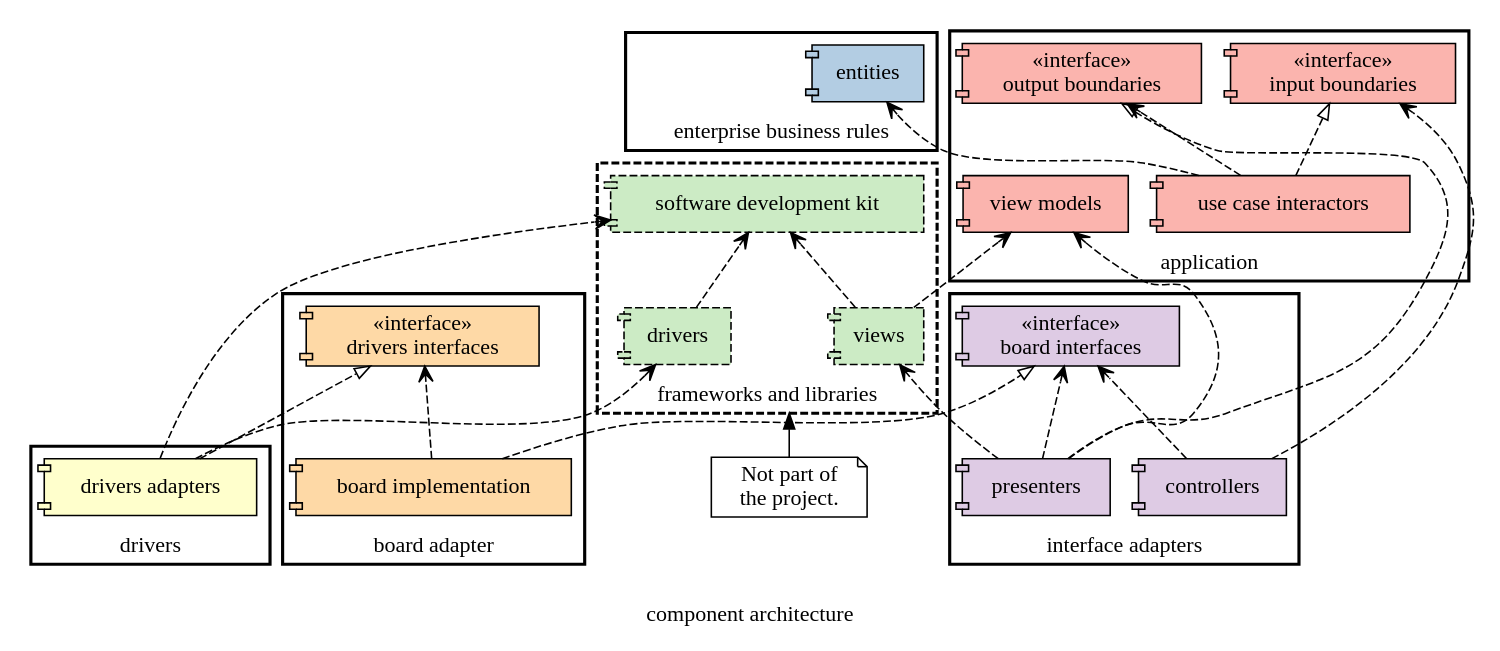
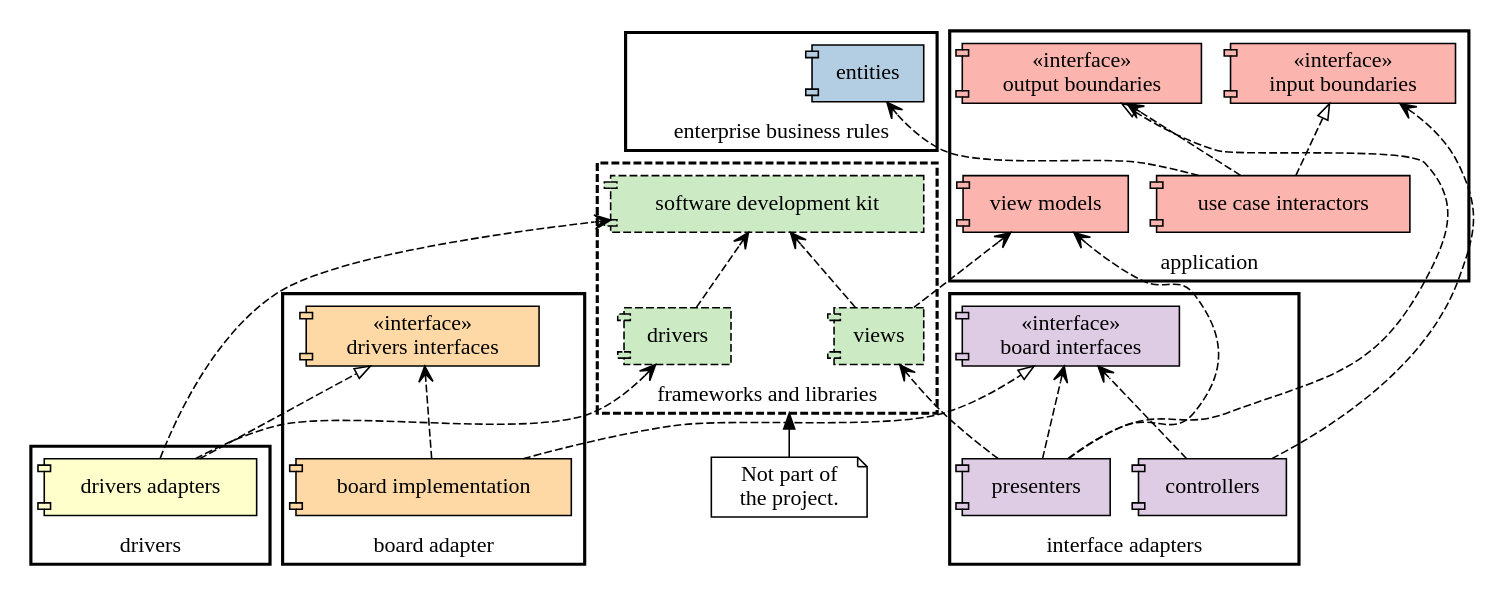
Before and after one commit to Task-Tracker-Systems/Task-Tracker-Device: the diagram in doc/component_architecture.dot, drawn with Graphviz. The commit also changed 1 other file, not shown here.

Commit message:
Describe component architecture.

```diff
--- a/doc/component_architecture.dot
+++ b/doc/component_architecture.dot
@@ -1,120 +1,119 @@
 digraph component_architecture {
-  label="component architecture";
   compound=true;
   rankdir="BT";
   style="bold"
   
   node [shape="component"];
   node [colorscheme="pastel16"];
   
     {
         // package 'application'
         node [fillcolor="1", style="filled"];
         
         subgraph cluster_app {
             label = "application";
         
             output_boundaries [label="«interface»\n output boundaries"]
             use_cases [label="use case interactors"]
             input_boundaries [label="«interface»\n input boundaries"]
             view_models [label="view models"];
         }
     }
     
     {
         // package 'enterprise business rules'
         node [fillcolor="2", style="filled"];
         
         subgraph cluster_ebr {
             label = "enterprise business rules";
             entities;
         }
     }
   
     {
         // package 'frameworks and libraries'
         node [fillcolor="3", style="filled, dashed"];
         
         subgraph cluster_thirdparty {
             label = "frameworks and libraries";
             style="bold,dashed";
             thirdparty[shape=point style=invis];
            
             sdk [label="software development kit"]
             drivers [label="drivers"];
             views;
         }
     }
     
     subgraph clusterX_margin
     {
         style=invis
         margin="20.0,0.0"
         n1 [label="Not part of\nthe project.", shape="note"]
         n1 -> thirdparty [lhead="cluster_thirdparty"];
     }
   
     {
         // package 'interface adapters'
         node [fillcolor="4", style="filled"];
         
         subgraph cluster_ia {
             label = "interface adapters";
         
             controllers, presenters;
             board_interfaces [label="«interface»\n board interfaces"];
         };
     }
   
     {
         // package 'board adapter'
         node [fillcolor="5", style="filled"];
         
         subgraph cluster_board {
             label = "board adapter";
         
             driver_interface [label="«interface»\n drivers interfaces"]
             board_impl [label="board implementation"]
         }
     }
   
     {
         // package 'interface adapters'
         node [fillcolor="6", style="filled"];
         
         subgraph cluster_drivers_adapters {
             label = "drivers";
             drivers_adapters [label="drivers adapters"];
         
         };
     }
 
   
     {
         // associations
         edge [style="dashed"];
         {
             // dependencies
             edge [arrowhead="vee"];
             use_cases -> entities;
             use_cases -> output_boundaries;
             presenters -> board_interfaces;
             presenters -> view_models;
             presenters -> views;
             controllers -> input_boundaries;
             controllers -> board_interfaces;
             board_impl -> driver_interface;
             views -> view_models;
             drivers_adapters -> drivers;
             {views, drivers, drivers_adapters} -> sdk;
         }
         {
             // realizations
             edge [arrowhead="onormal"];
             use_cases -> input_boundaries;
             presenters -> output_boundaries;
             board_impl -> board_interfaces;
             drivers_adapters -> driver_interface;
         }
     }
 }
```
